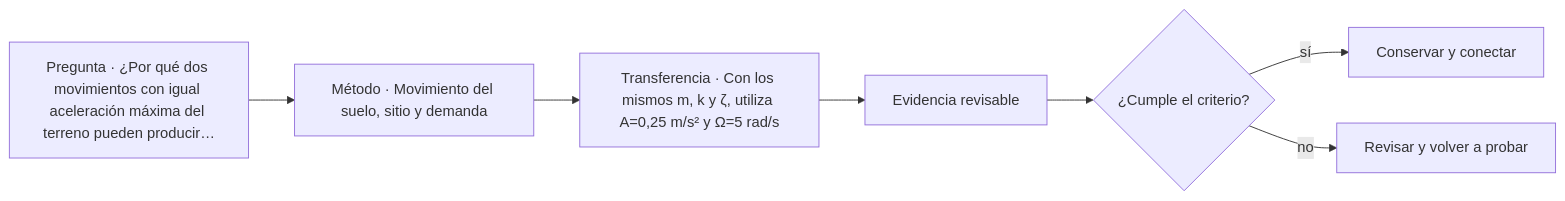
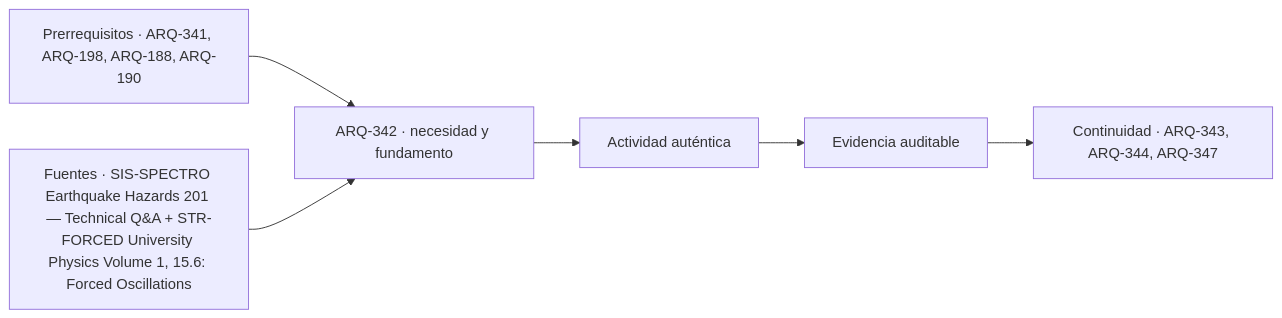
Before and after one commit to vladimiracunadev-create/architecture-built-environment-learning-program: the diagram in classes/parte-35/ARQ-342.md, drawn with Mermaid. The commit also changed other lines of this file and 761 other files, not shown here.

````diff
--- a/classes/parte-35/ARQ-342.md
+++ b/classes/parte-35/ARQ-342.md
@@ -115,9 +127,8 @@
 ```mermaid
 flowchart LR
-    Q["Pregunta · ¿Por qué dos movimientos con igual aceleración máxima del terreno pueden producir…"] --> M["Método · Movimiento del suelo, sitio y demanda"]
-    M --> P["Transferencia · Con los mismos m, k y ζ, utiliza A=0,25 m/s² y Ω=5 rad/s"]
-    P --> E["Evidencia revisable"]
-    E --> C{"¿Cumple el criterio?"}
-    C -->|sí| T["Conservar y conectar"]
-    C -->|no| R["Revisar y volver a probar"]
+    A["Prerrequisitos · ARQ-341, ARQ-198, ARQ-188, ARQ-190"] --> B["ARQ-342 · necesidad y fundamento"]
+    S["Fuentes · SIS-SPECTRO Earthquake Hazards 201 — Technical Q&A + STR-FORCED University Physics Volume 1, 15.6: Forced Oscillations"] --> B
+    B --> C["Actividad auténtica"]
+    C --> D["Evidencia auditable"]
+    D --> E["Continuidad · ARQ-343, ARQ-344, ARQ-347"]
 ```
````
